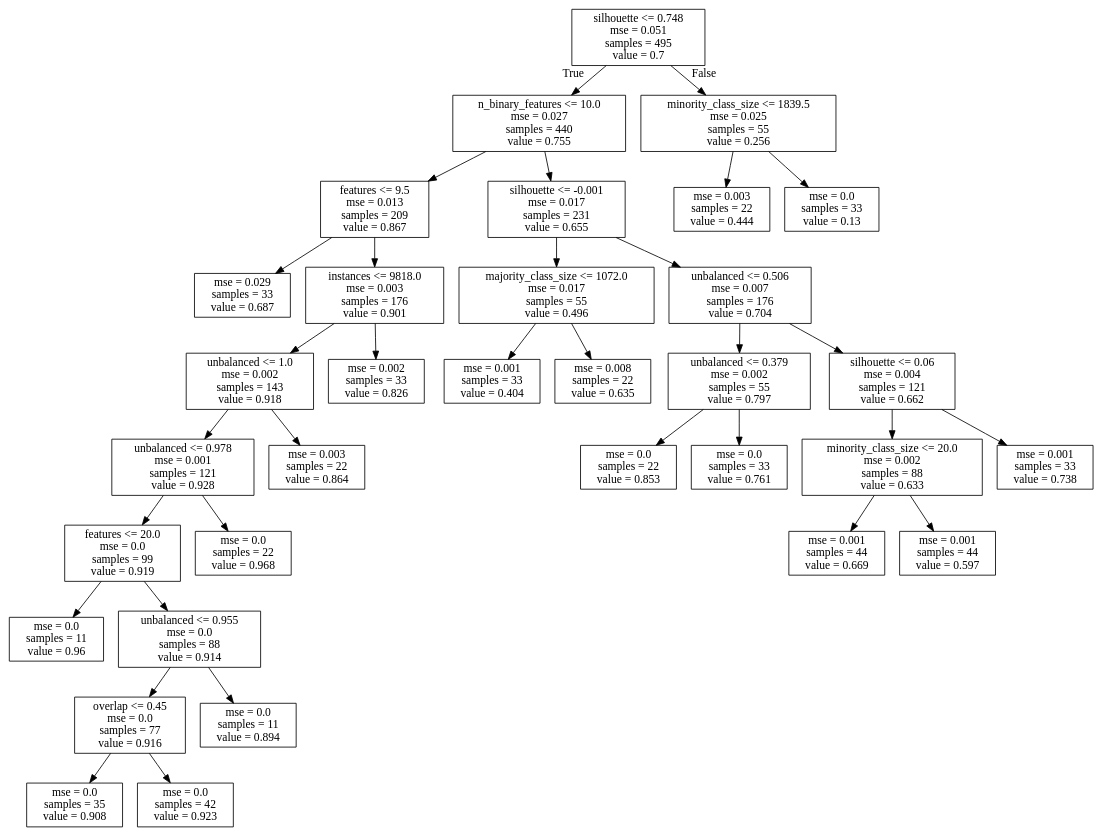
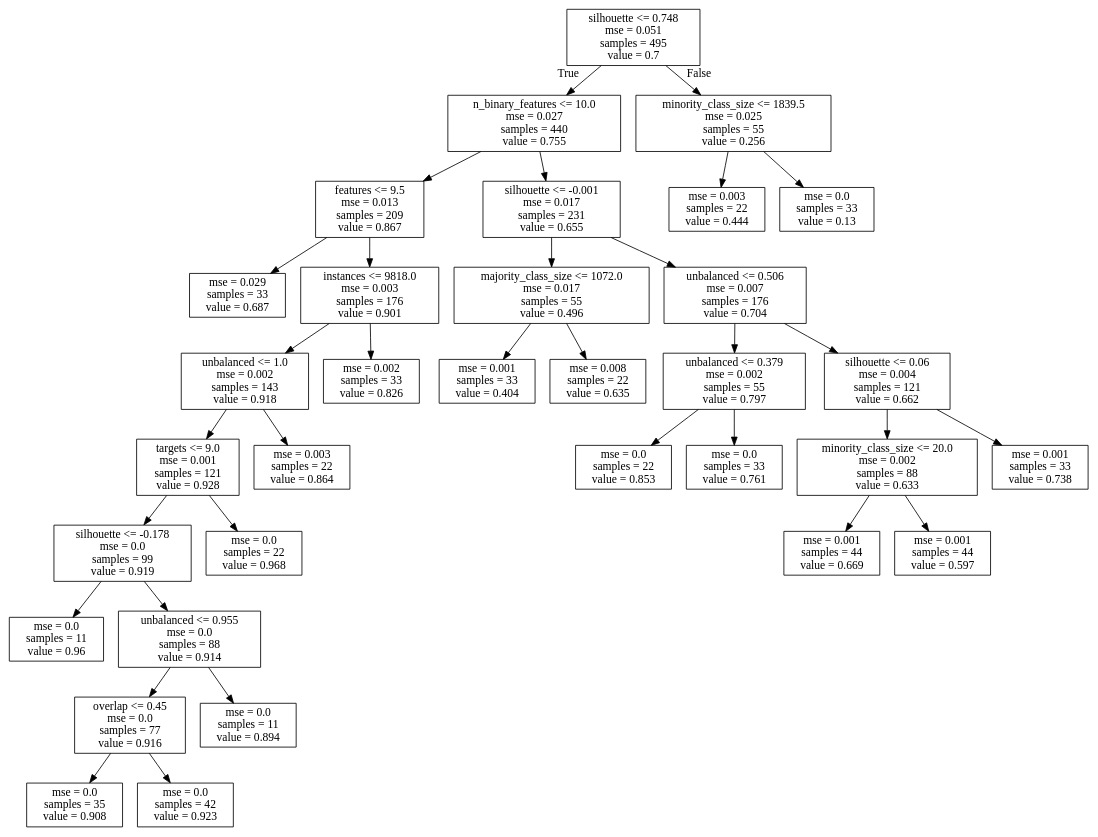
Before and after one commit to rsboos/DistributedClassifier: the diagram in analysis/learning/regression/results/trees/simpson_f1_scores.dot, drawn with Graphviz. The commit also changed 68 other files, not shown here.

```diff
--- a/analysis/learning/regression/results/trees/simpson_f1_scores.dot
+++ b/analysis/learning/regression/results/trees/simpson_f1_scores.dot
@@ -1,68 +1,68 @@
 digraph Tree {
 node [shape=box] ;
 0 [label="silhouette <= 0.748\nmse = 0.051\nsamples = 495\nvalue = 0.7"] ;
 1 [label="n_binary_features <= 10.0\nmse = 0.027\nsamples = 440\nvalue = 0.755"] ;
 0 -> 1 [labeldistance=2.5, labelangle=45, headlabel="True"] ;
 2 [label="features <= 9.5\nmse = 0.013\nsamples = 209\nvalue = 0.867"] ;
 1 -> 2 ;
 3 [label="mse = 0.029\nsamples = 33\nvalue = 0.687"] ;
 2 -> 3 ;
 4 [label="instances <= 9818.0\nmse = 0.003\nsamples = 176\nvalue = 0.901"] ;
 2 -> 4 ;
 5 [label="unbalanced <= 1.0\nmse = 0.002\nsamples = 143\nvalue = 0.918"] ;
 4 -> 5 ;
-6 [label="unbalanced <= 0.978\nmse = 0.001\nsamples = 121\nvalue = 0.928"] ;
+6 [label="targets <= 9.0\nmse = 0.001\nsamples = 121\nvalue = 0.928"] ;
 5 -> 6 ;
-7 [label="features <= 20.0\nmse = 0.0\nsamples = 99\nvalue = 0.919"] ;
+7 [label="silhouette <= -0.178\nmse = 0.0\nsamples = 99\nvalue = 0.919"] ;
 6 -> 7 ;
 8 [label="mse = 0.0\nsamples = 11\nvalue = 0.96"] ;
 7 -> 8 ;
 9 [label="unbalanced <= 0.955\nmse = 0.0\nsamples = 88\nvalue = 0.914"] ;
 7 -> 9 ;
 10 [label="overlap <= 0.45\nmse = 0.0\nsamples = 77\nvalue = 0.916"] ;
 9 -> 10 ;
 11 [label="mse = 0.0\nsamples = 35\nvalue = 0.908"] ;
 10 -> 11 ;
 12 [label="mse = 0.0\nsamples = 42\nvalue = 0.923"] ;
 10 -> 12 ;
 13 [label="mse = 0.0\nsamples = 11\nvalue = 0.894"] ;
 9 -> 13 ;
 14 [label="mse = 0.0\nsamples = 22\nvalue = 0.968"] ;
 6 -> 14 ;
 15 [label="mse = 0.003\nsamples = 22\nvalue = 0.864"] ;
 5 -> 15 ;
 16 [label="mse = 0.002\nsamples = 33\nvalue = 0.826"] ;
 4 -> 16 ;
 17 [label="silhouette <= -0.001\nmse = 0.017\nsamples = 231\nvalue = 0.655"] ;
 1 -> 17 ;
 18 [label="majority_class_size <= 1072.0\nmse = 0.017\nsamples = 55\nvalue = 0.496"] ;
 17 -> 18 ;
 19 [label="mse = 0.001\nsamples = 33\nvalue = 0.404"] ;
 18 -> 19 ;
 20 [label="mse = 0.008\nsamples = 22\nvalue = 0.635"] ;
 18 -> 20 ;
 21 [label="unbalanced <= 0.506\nmse = 0.007\nsamples = 176\nvalue = 0.704"] ;
 17 -> 21 ;
 22 [label="unbalanced <= 0.379\nmse = 0.002\nsamples = 55\nvalue = 0.797"] ;
 21 -> 22 ;
 23 [label="mse = 0.0\nsamples = 22\nvalue = 0.853"] ;
 22 -> 23 ;
 24 [label="mse = 0.0\nsamples = 33\nvalue = 0.761"] ;
 22 -> 24 ;
 25 [label="silhouette <= 0.06\nmse = 0.004\nsamples = 121\nvalue = 0.662"] ;
 21 -> 25 ;
 26 [label="minority_class_size <= 20.0\nmse = 0.002\nsamples = 88\nvalue = 0.633"] ;
 25 -> 26 ;
 27 [label="mse = 0.001\nsamples = 44\nvalue = 0.669"] ;
 26 -> 27 ;
 28 [label="mse = 0.001\nsamples = 44\nvalue = 0.597"] ;
 26 -> 28 ;
 29 [label="mse = 0.001\nsamples = 33\nvalue = 0.738"] ;
 25 -> 29 ;
 30 [label="minority_class_size <= 1839.5\nmse = 0.025\nsamples = 55\nvalue = 0.256"] ;
 0 -> 30 [labeldistance=2.5, labelangle=-45, headlabel="False"] ;
 31 [label="mse = 0.003\nsamples = 22\nvalue = 0.444"] ;
 30 -> 31 ;
 32 [label="mse = 0.0\nsamples = 33\nvalue = 0.13"] ;
 30 -> 32 ;
 }
```
